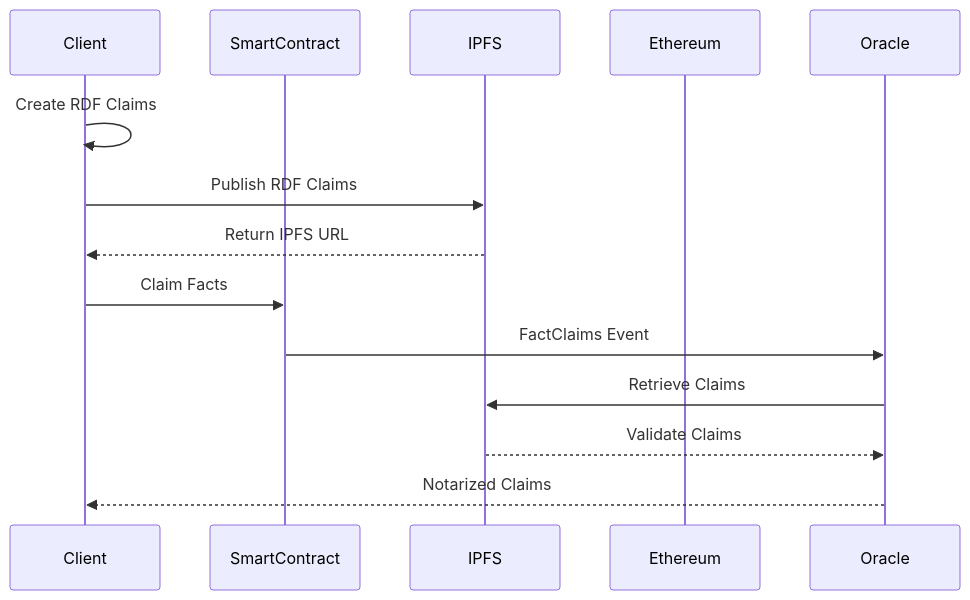
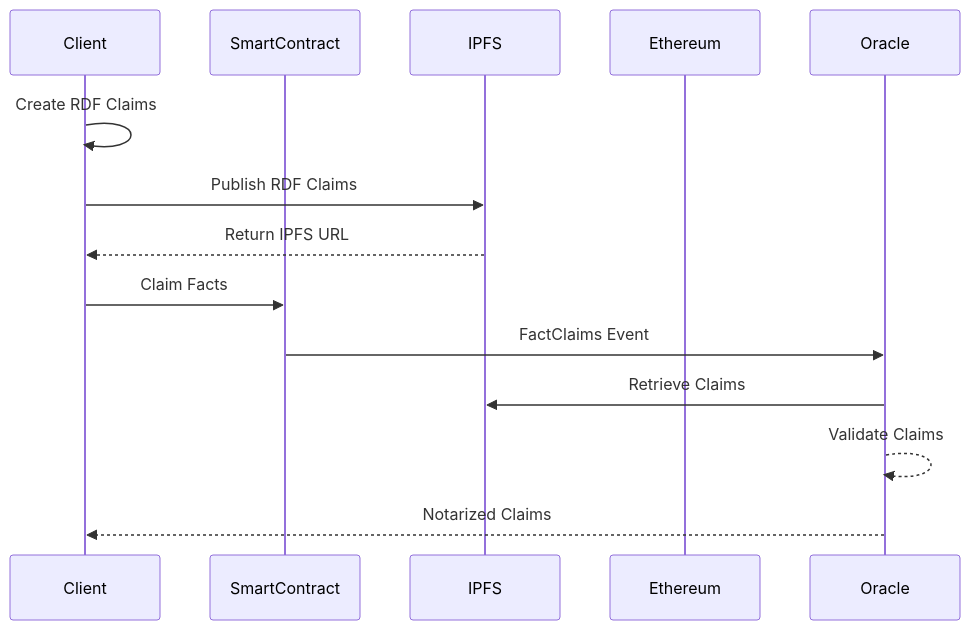
The third of 3 diagrams in www/content/rfc/draft.md (fact-claims/fact.claims), drawn with Mermaid before and after one commit.

````diff
--- a/www/content/rfc/draft.md
+++ b/www/content/rfc/draft.md
@@ -122,17 +122,17 @@
 ```mermaid
 sequenceDiagram
     participant Client
     participant SmartContract
     participant IPFS
     participant Ethereum
     participant Oracle
 
     Client->>Client: Create RDF Claims
     Client->>IPFS: Publish RDF Claims
     IPFS-->>Client: Return IPFS URL
     Client->>SmartContract: Claim Facts 
     SmartContract->>Oracle: FactClaims Event
     Oracle->>IPFS: Retrieve Claims
-    IPFS-->>Oracle: Validate Claims
+    Oracle-->>Oracle: Validate Claims
     Oracle-->>Client: Notarized Claims
 ```
````
